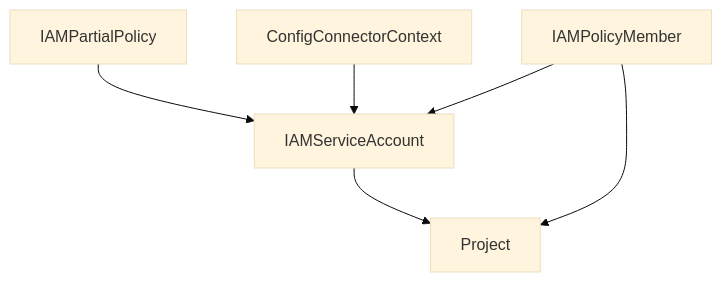
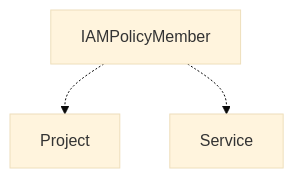
Before and after one commit to mathieu-benoit/acm-workshop: the diagram in content/networking/allow-networking.md, drawn with Mermaid (base theme). The commit also changed 13 other files, not shown here.

Commit message:
simplify the mermaid graph, only scoped by what was deployed by page

```diff
--- a/content/networking/allow-networking.md
+++ b/content/networking/allow-networking.md
@@ -74,8 +74,5 @@
 {{< mermaid >}}
 graph TD;
-  IAMServiceAccount-->Project
-  IAMPartialPolicy-->IAMServiceAccount
-  ConfigConnectorContext-->IAMServiceAccount
-  IAMPolicyMember-->IAMServiceAccount
-  IAMPolicyMember-->Project
+  IAMPolicyMember-.->Project
+  IAMPolicyMember-.->Service
 {{< /mermaid >}}
```
